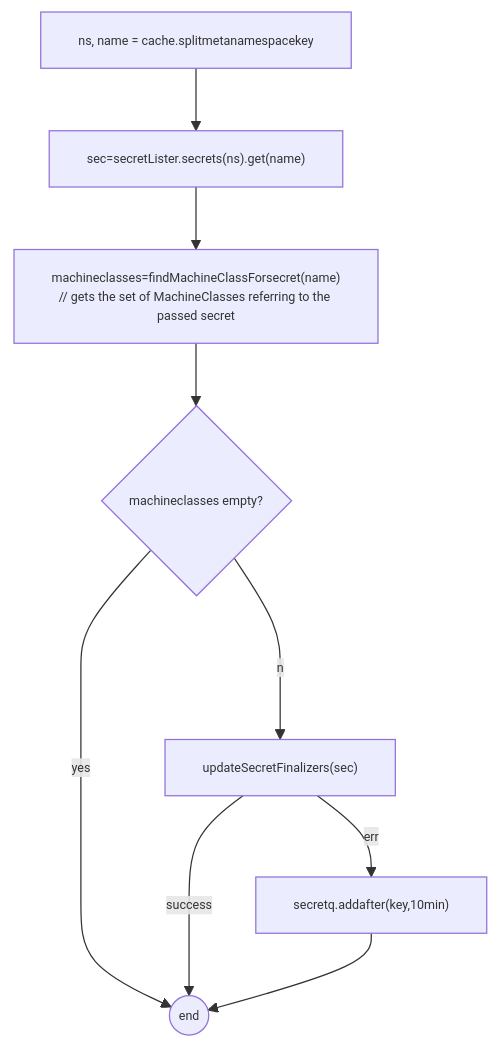
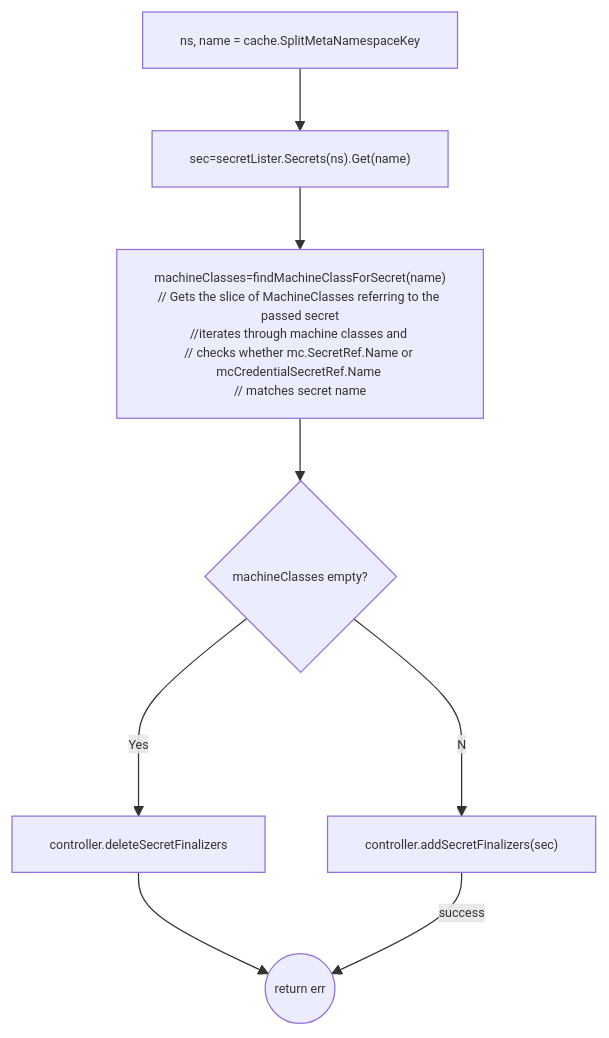
The diagram in src/machine-controller/reconcile-cluster-secret.md (elankath/mcmdesign), drawn with Mermaid before and after one commit. The commit also changed other lines of this file and 22 other files, not shown here.

````diff
--- a/src/machine-controller/reconcile-cluster-secret.md
+++ b/src/machine-controller/reconcile-cluster-secret.md
@@ -27,23 +27,23 @@
 ```mermaid
 %%{init: {'themeVariables': { 'fontSize': '10px'}, "flowchart": {"useMaxWidth": false }}}%%
 
 flowchart TD
 
-a[ns, name = cache.splitmetanamespacekey]
-b["sec=secretLister.secrets(ns).get(name)"]
-c["machineclasses=findMachineClassForsecret(name)
-// gets the set of MachineClasses referring to the passed secret
+a[ns, name = cache.SplitMetaNamespaceKey]
+b["sec=secretLister.Secrets(ns).Get(name)"]
+c["machineClasses=findMachineClassForSecret(name)
+// Gets the slice of MachineClasses referring to the passed secret
+//iterates through machine classes and 
+// checks whether mc.SecretRef.Name or mcCredentialSecretRef.Name 
+// matches secret name
 "]
-d{machineclasses empty?}
-e["updateSecretFinalizers(sec)"] 
-f["secretq.addafter(key,10min)"]
-z(("end"))
+d{machineClasses empty?}
+e["controller.addSecretFinalizers(sec)"] 
+z(("return err"))
 a-->b
 b-->c
 c-->d
-d--yes-->z
-d--no-->e
-e--err-->f
+d--Yes-->DeleteFinalizers["controller.deleteSecretFinalizers"]-->z
 e--success-->z
-f-->z
+d--No-->e
 ```
````
